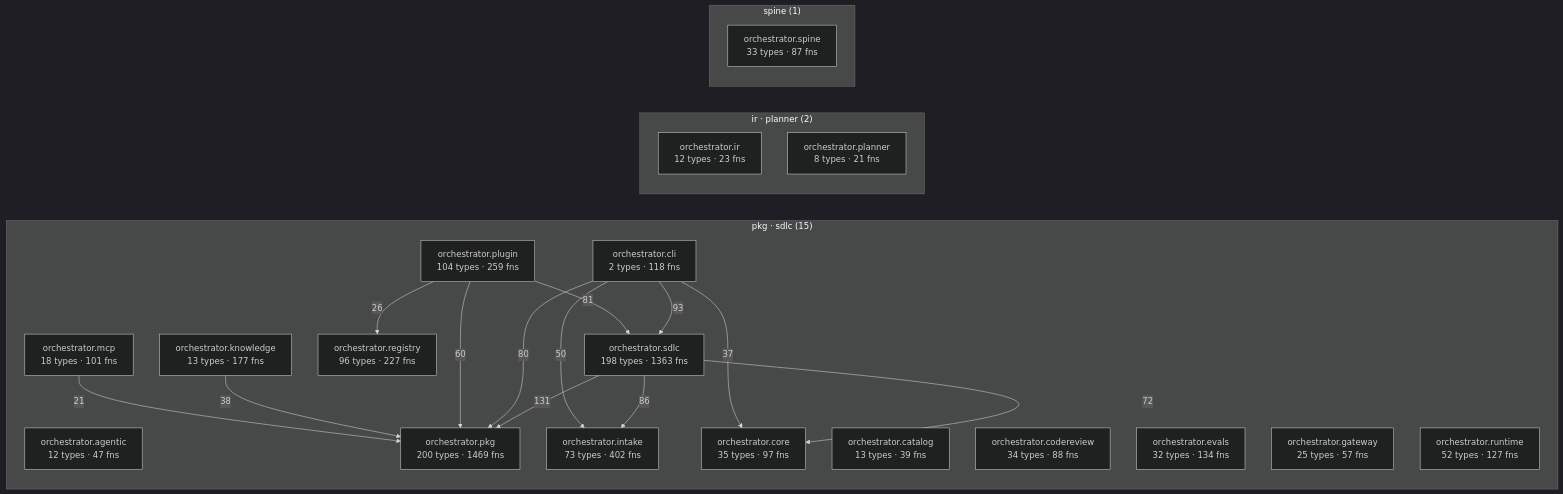
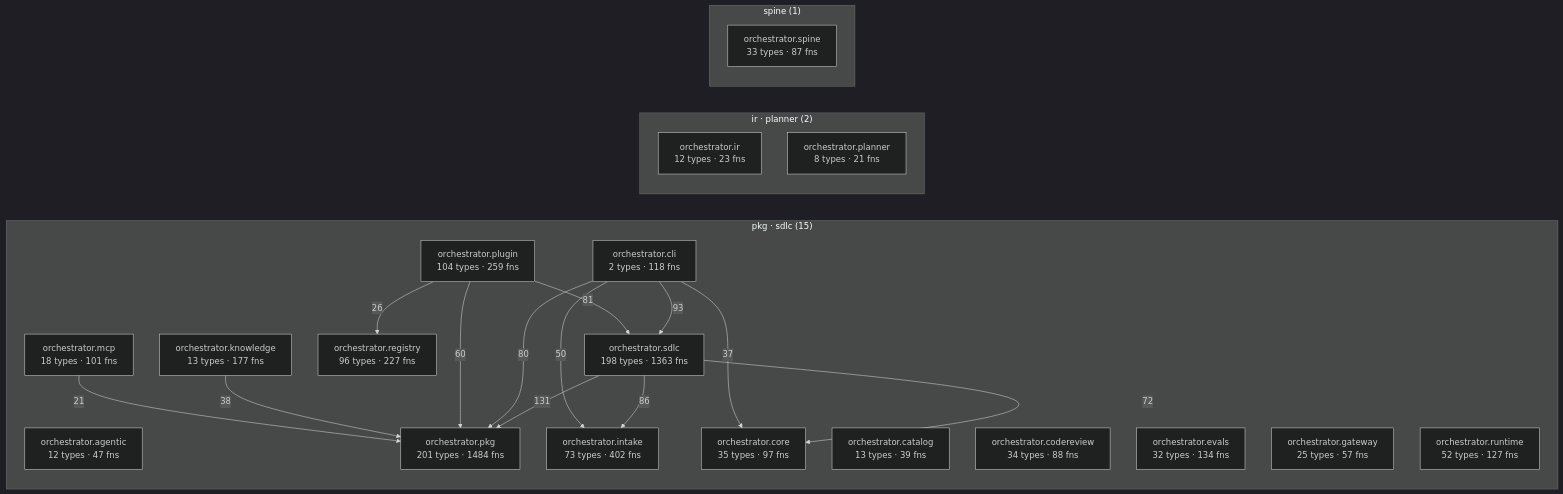
One commit to synaptixs/spine changed the diagram in episteme/architecture.md. Above: the diagram before and after it, drawn with Mermaid (dark theme). The commit also changed other lines of this file and 20 other files, not shown here.

````diff
--- a/episteme/architecture.md
+++ b/episteme/architecture.md
@@ -56,39 +56,39 @@
 ```mermaid
 flowchart LR
   subgraph c_2["pkg · sdlc (15)"]
     aorchestratoragentic["orchestrator.agentic<br/>12 types · 47 fns"]
     aorchestratorcatalog["orchestrator.catalog<br/>13 types · 39 fns"]
     aorchestratorcli["orchestrator.cli<br/>2 types · 118 fns"]
     aorchestratorcodereview["orchestrator.codereview<br/>34 types · 88 fns"]
     aorchestratorcore["orchestrator.core<br/>35 types · 97 fns"]
     aorchestratorevals["orchestrator.evals<br/>32 types · 134 fns"]
     aorchestratorgateway["orchestrator.gateway<br/>25 types · 57 fns"]
     aorchestratorintake["orchestrator.intake<br/>73 types · 402 fns"]
     aorchestratorknowledge["orchestrator.knowledge<br/>13 types · 177 fns"]
     aorchestratormcp["orchestrator.mcp<br/>18 types · 101 fns"]
-    aorchestratorpkg["orchestrator.pkg<br/>200 types · 1469 fns"]
+    aorchestratorpkg["orchestrator.pkg<br/>201 types · 1484 fns"]
     aorchestratorplugin["orchestrator.plugin<br/>104 types · 259 fns"]
     aorchestratorregistry["orchestrator.registry<br/>96 types · 227 fns"]
     aorchestratorruntime["orchestrator.runtime<br/>52 types · 127 fns"]
     aorchestratorsdlc["orchestrator.sdlc<br/>198 types · 1363 fns"]
   end
   subgraph c_6["ir · planner (2)"]
     aorchestratorir["orchestrator.ir<br/>12 types · 23 fns"]
     aorchestratorplanner["orchestrator.planner<br/>8 types · 21 fns"]
   end
   subgraph c_12["spine (1)"]
     aorchestratorspine["orchestrator.spine<br/>33 types · 87 fns"]
   end
   aorchestratorsdlc -->|131| aorchestratorpkg
   aorchestratorcli -->|93| aorchestratorsdlc
   aorchestratorsdlc -->|86| aorchestratorintake
   aorchestratorplugin -->|81| aorchestratorsdlc
   aorchestratorcli -->|80| aorchestratorpkg
   aorchestratorsdlc -->|72| aorchestratorcore
   aorchestratorplugin -->|60| aorchestratorpkg
   aorchestratorcli -->|50| aorchestratorintake
   aorchestratorknowledge -->|38| aorchestratorpkg
   aorchestratorcli -->|37| aorchestratorcore
   aorchestratorplugin -->|26| aorchestratorregistry
   aorchestratormcp -->|21| aorchestratorpkg
 ```
````
